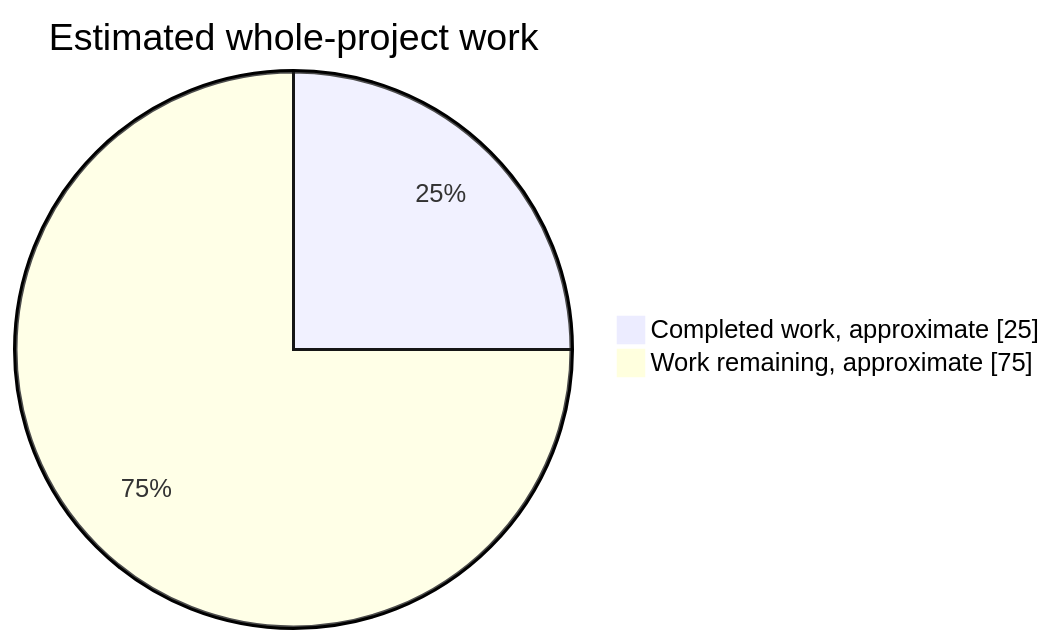
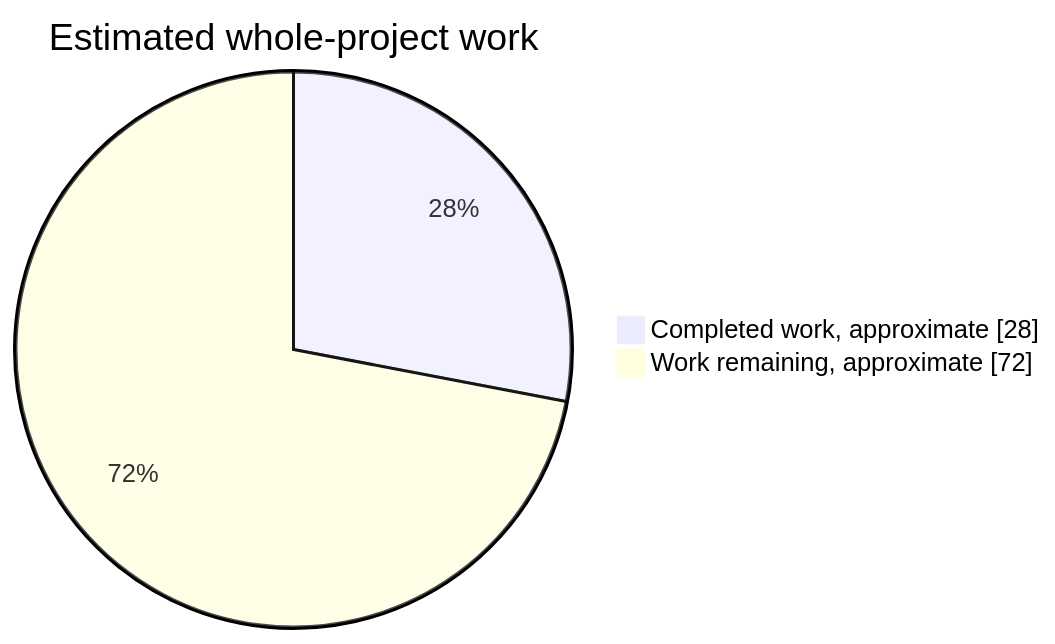
Before and after one commit to NachtRaveVL/stuntracefx: the first of 2 diagrams in readme.md, drawn with Mermaid. The commit also changed other lines of this file and 15 other files, not shown here.

````diff
--- a/readme.md
+++ b/readme.md
@@ -56,6 +56,6 @@
 ```mermaid
 pie showData
     title Estimated whole-project work
-    "Completed work, approximate" : 25
-    "Work remaining, approximate" : 75
+    "Completed work, approximate" : 28
+    "Work remaining, approximate" : 72
 ```
````
